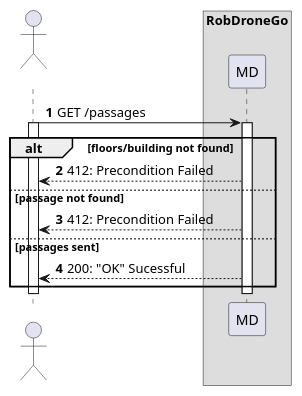
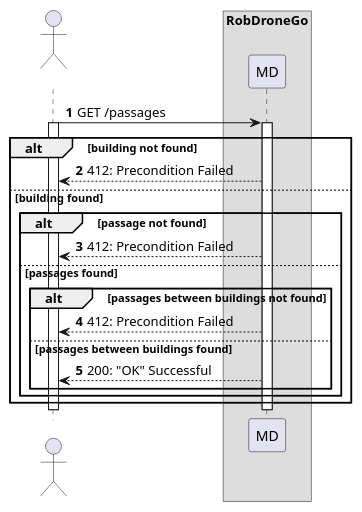
The diagram in docs/us260/level2/process-view.puml (Departamento-de-Engenharia-Informatica/lapr5-23-24-g19), drawn with PlantUML before and after one commit. The commit also changed 11 other files, not shown here.

```diff
--- a/docs/us260/level2/process-view.puml
+++ b/docs/us260/level2/process-view.puml
@@ -1,24 +1,31 @@
 @startuml
 autonumber
 
 actor " " as actor
 box "RobDroneGo"
 participant "MD" as mdr
 
 
 actor -> mdr: GET /passages
 activate actor
     activate mdr
-    alt floors/building not found
+    alt building not found
         mdr --> actor : 412: Precondition Failed
-    else passage not found
-        actor <-- mdr : 412: Precondition Failed
-    else passages sent
-        actor <-- mdr : 200: "OK" Sucessful
+    else building found
+        alt passage not found
+            actor <-- mdr : 412: Precondition Failed
+        else passages found
+            alt passages between buildings not found
+                actor <-- mdr : 412: Precondition Failed
+            else passages between buildings found
+
+                actor <-- mdr : 200: "OK" Successful
+            end
+        end
     end
 
     deactivate mdr
 deactivate actor
 
 
 @enduml
```
